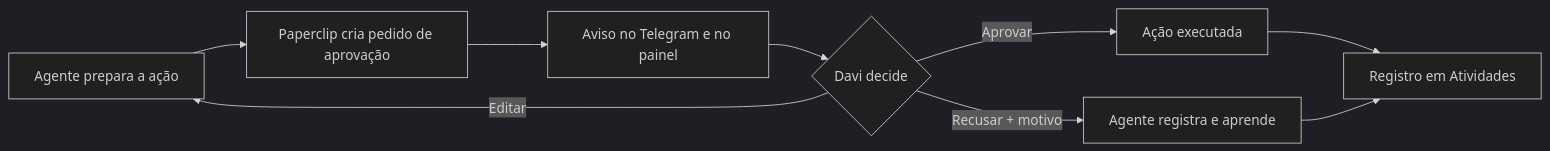
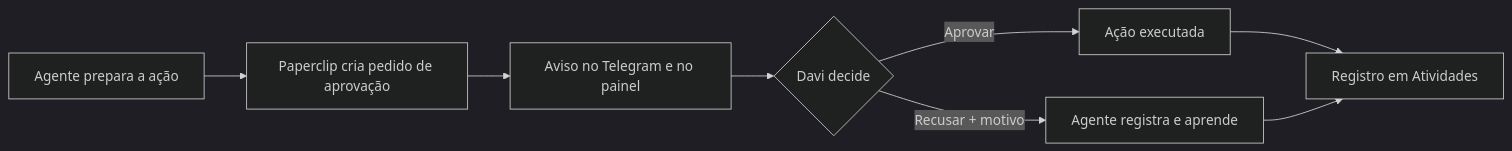
Before and after one commit to davimqz/segundo-cerebro: the second of 2 diagrams in docs/03-app-flow.md, drawn with Mermaid (dark theme). The commit also changed other lines of this file and 42 other files, not shown here.

````diff
--- a/docs/03-app-flow.md
+++ b/docs/03-app-flow.md
@@ -42,11 +42,10 @@
 ```mermaid
 flowchart LR
   A[Agente prepara a ação] --> B[Paperclip cria pedido de aprovação]
   B --> C[Aviso no Telegram e no painel]
   C --> D{Davi decide}
   D -->|Aprovar| E[Ação executada]
-  D -->|Editar| A
   D -->|Recusar + motivo| F[Agente registra e aprende]
   E --> G[Registro em Atividades]
   F --> G
 ```
````
